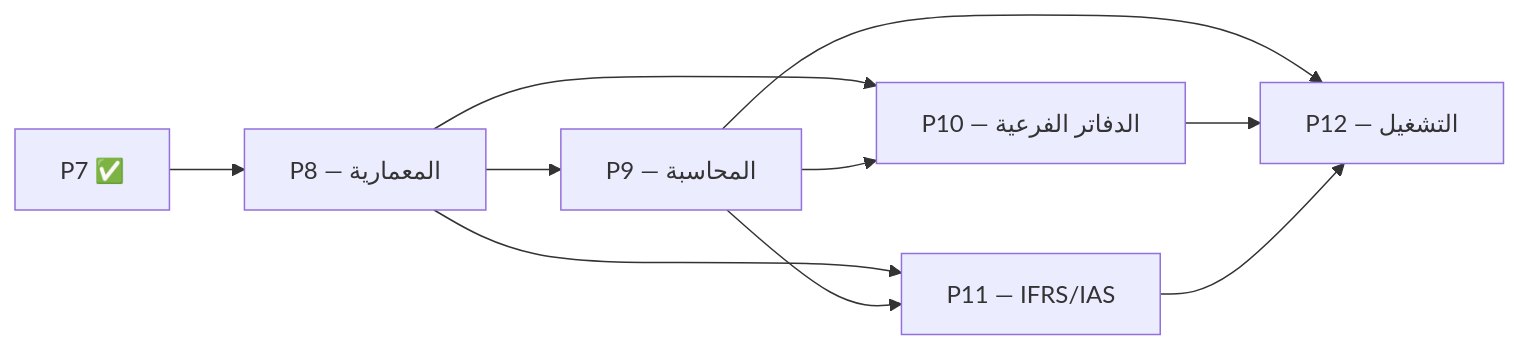
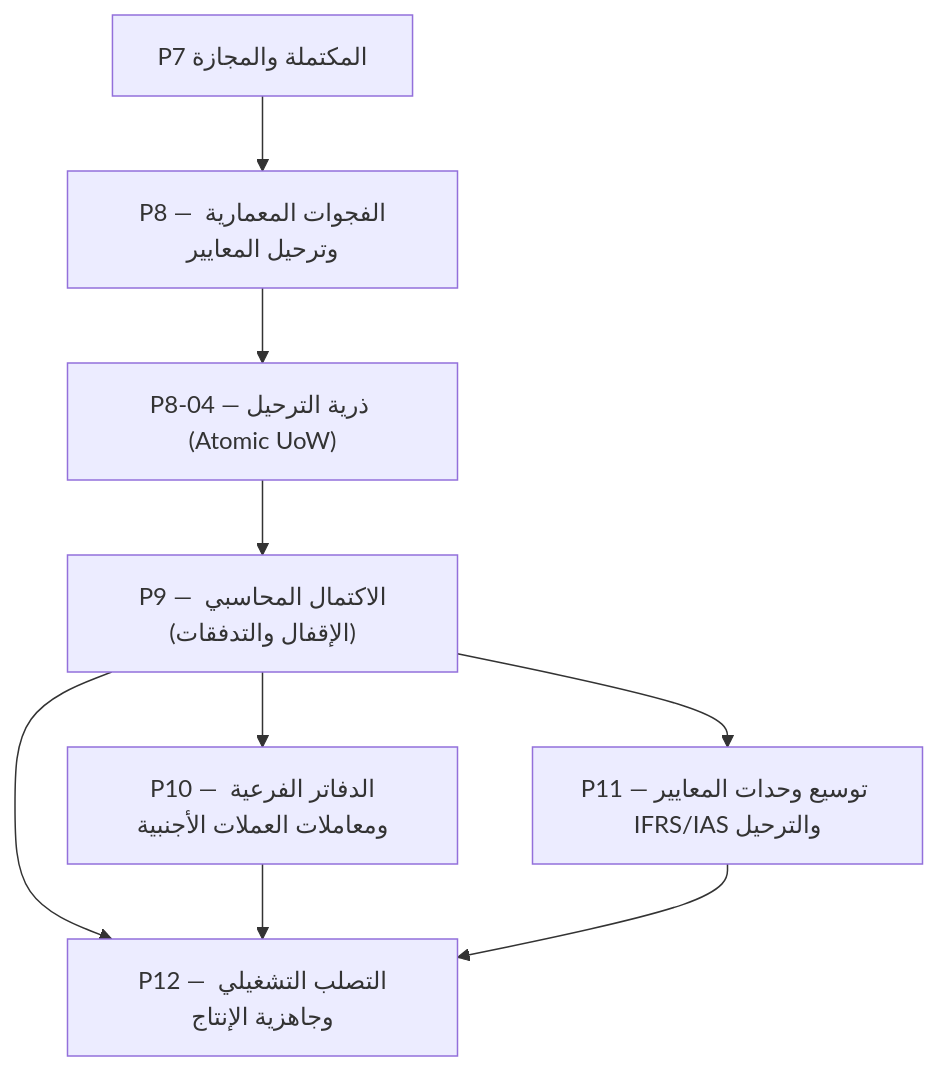
One commit to osmai4603-collab/accounting_engine changed the first of 2 diagrams in docs/execution_plan_overview.md. Above: the diagram before and after it, drawn with Mermaid. The commit also changed other lines of this file and 4 other files, not shown here.

````diff
--- a/docs/execution_plan_overview.md
+++ b/docs/execution_plan_overview.md
@@ -64,12 +56,11 @@
 ```mermaid
-flowchart LR
-    P7["P7 ✅"] --> P8["P8 — المعمارية"]
-    P8 --> P9["P9 — المحاسبة"]
-    P8 --> P10["P10 — الدفاتر الفرعية"]
-    P9 --> P10
-    P8 --> P11["P11 — IFRS/IAS"]
-    P9 --> P11
-    P9 --> P12["P12 — التشغيل"]
+flowchart TD
+    P7["P7 المكتملة والمجازة"] --> P8["P8 — الفجوات المعمارية وترحيل المعايير"]
+    P8 --> P8_04["P8-04 — ذرية الترحيل (Atomic UoW)"]
+    P8_04 --> P9["P9 — الاكتمال المحاسبي (الإقفال والتدفقات)"]
+    P9 --> P10["P10 — الدفاتر الفرعية ومعاملات العملات الأجنبية"]
+    P9 --> P11["P11 — توسيع وحدات المعايير IFRS/IAS والترحيل"]
+    P9 --> P12["P12 — التصلب التشغيلي وجاهزية الإنتاج"]
     P10 --> P12
     P11 --> P12
 ```
````
